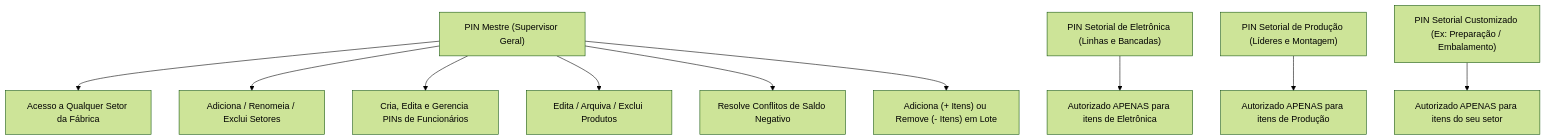
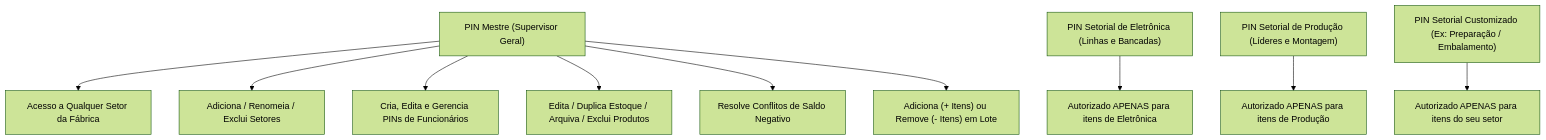
One commit to tomi-pereyra/luxpryme-stock changed the diagram in MANUAL_DE_USO.md. Above: the diagram before and after it, drawn with Mermaid (forest theme). The commit also changed other lines of this file and 5 other files, not shown here.

````diff
--- a/MANUAL_DE_USO.md
+++ b/MANUAL_DE_USO.md
@@ -90,13 +103,13 @@
 ```mermaid
 flowchart TD
     A["PIN Mestre (Supervisor Geral)"] --> B["Acesso a Qualquer Setor da Fábrica"]
     A --> C["Adiciona / Renomeia / Exclui Setores"]
     A --> D["Cria, Edita e Gerencia PINs de Funcionários"]
-    A --> E["Edita / Arquiva / Exclui Produtos"]
+    A --> E["Edita / Duplica Estoque / Arquiva / Exclui Produtos"]
     A --> F["Resolve Conflitos de Saldo Negativo"]
     A --> G["Adiciona (+ Itens) ou Remove (- Itens) em Lote"]
     
     H["PIN Setorial de Eletrônica (Linhas e Bancadas)"] --> I["Autorizado APENAS para itens de Eletrônica"]
     J["PIN Setorial de Produção (Líderes e Montagem)"] --> K["Autorizado APENAS para itens de Produção"]
     L["PIN Setorial Customizado (Ex: Preparação / Embalamento)"] --> M["Autorizado APENAS para itens do seu setor"]
 ```
````
